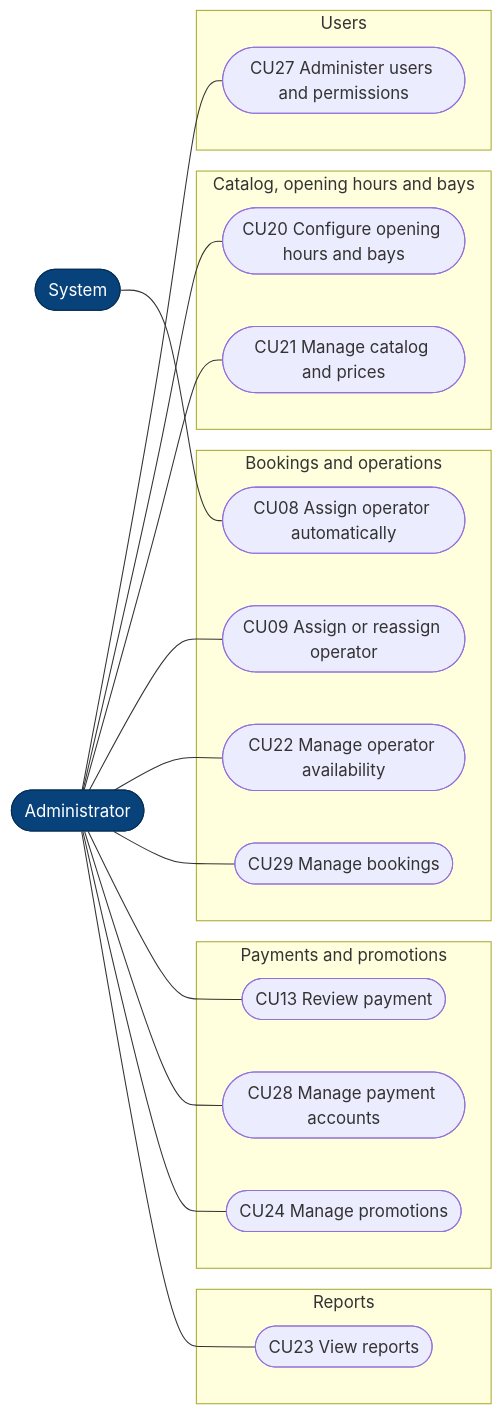
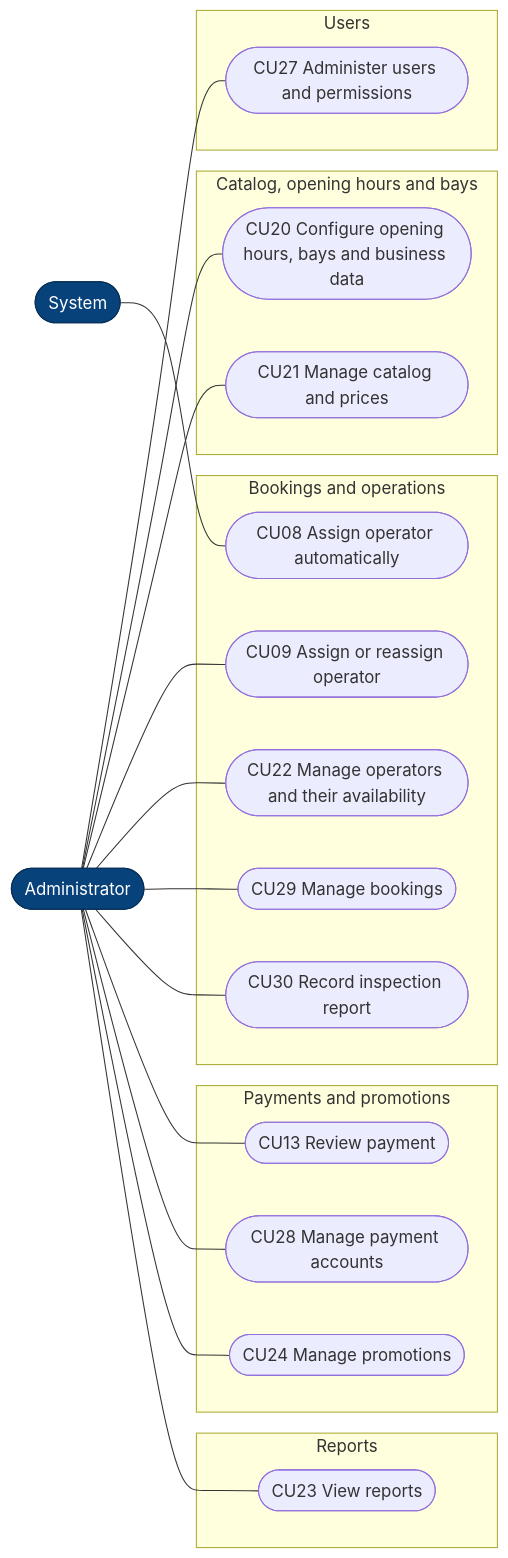
The fourth of 24 diagrams in 02-analisis-vistas-dinamicas/EN/dynamic-views-analysis.md (BrayanCABRERA123/lavarapido-docs), drawn with Mermaid before and after one commit. The commit also changed other lines of this file and 1 other file, not shown here.

Commit message:
docs(analysis): add lockout, automatic assignment and inspection report to the dynamic views

````diff
--- a/02-analisis-vistas-dinamicas/EN/dynamic-views-analysis.md
+++ b/02-analisis-vistas-dinamicas/EN/dynamic-views-analysis.md
@@ -122,42 +127,44 @@
 ```mermaid
 flowchart LR
     Administrador(["Administrator"])
     Sistema(["System"])
 
     subgraph AUTH["Users"]
         CU27(["CU27 Administer users and permissions"])
     end
     subgraph CAT["Catalog, opening hours and bays"]
-        CU20(["CU20 Configure opening hours and bays"])
+        CU20(["CU20 Configure opening hours, bays and business data"])
         CU21(["CU21 Manage catalog and prices"])
     end
     subgraph RES["Bookings and operations"]
         CU08(["CU08 Assign operator automatically"])
         CU09(["CU09 Assign or reassign operator"])
-        CU22b(["CU22 Manage operator availability"])
+        CU22b(["CU22 Manage operators and their availability"])
         CU29(["CU29 Manage bookings"])
+        CU30b(["CU30 Record inspection report"])
     end
     subgraph PAG["Payments and promotions"]
         CU13(["CU13 Review payment"])
         CU28(["CU28 Manage payment accounts"])
         CU24(["CU24 Manage promotions"])
     end
     subgraph REP["Reports"]
         CU23(["CU23 View reports"])
     end
 
     Administrador --- CU27
     Administrador --- CU20
     Administrador --- CU21
     Administrador --- CU09
     Administrador --- CU22b
     Administrador --- CU29
+    Administrador --- CU30b
     Administrador --- CU13
     Administrador --- CU28
     Administrador --- CU24
     Administrador --- CU23
     Sistema --- CU08
 
     classDef actor fill:#08427b,color:#fff,stroke:#052e56
     class Administrador,Sistema actor
 ```
````
